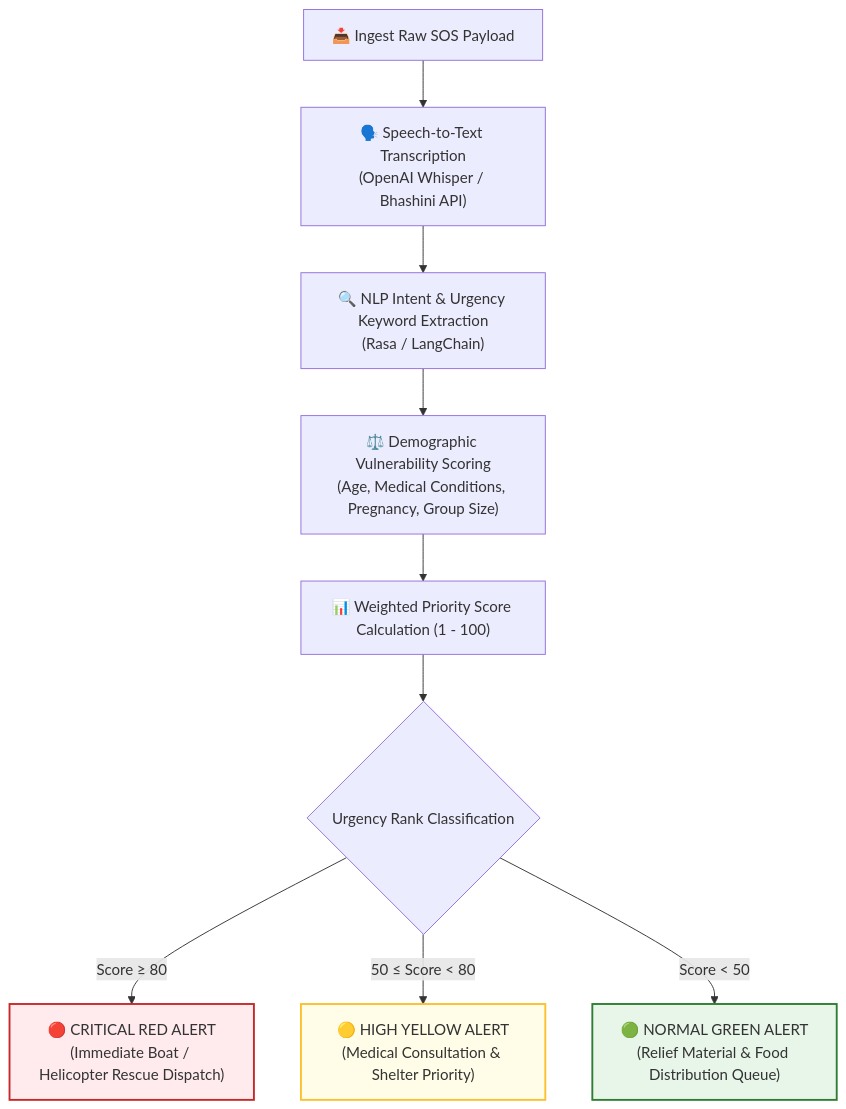
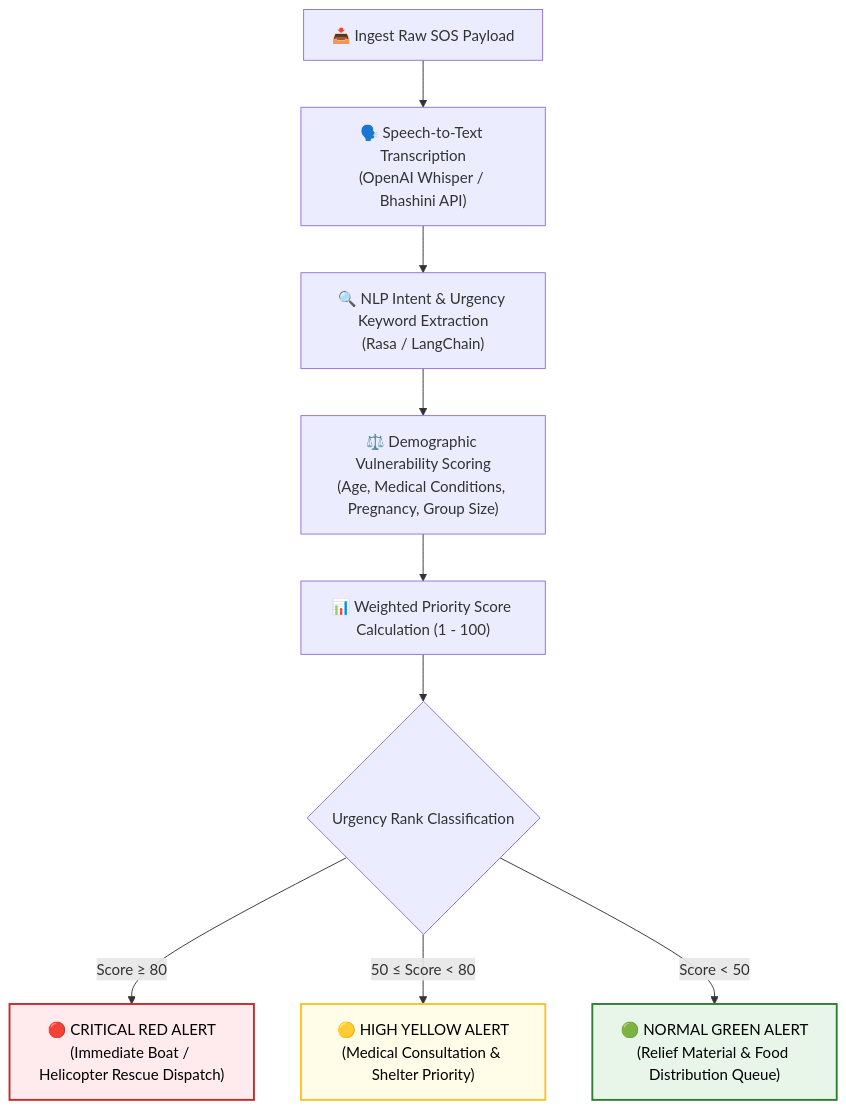
One commit to MrinallSamal-byte/SIH changed the eighth of 10 diagrams in README.md. Above: the diagram before and after it, drawn with Mermaid. The commit also changed other lines of this file, not shown here.

Commit message:
fix: Add explicit dark text color (color:#000000) to all Mermaid classDef nodes for 100% high contrast visibility in Dark Mode

````diff
--- a/README.md
+++ b/README.md
@@ -302,18 +302,18 @@
 ```mermaid
 flowchart TD
     A["📥 Ingest Raw SOS Payload"] --> B["🗣️ Speech-to-Text Transcription\n(OpenAI Whisper / Bhashini API)"]
     B --> C["🔍 NLP Intent & Urgency Keyword Extraction\n(Rasa / LangChain)"]
     C --> D["⚖️ Demographic Vulnerability Scoring\n(Age, Medical Conditions, Pregnancy, Group Size)"]
     D --> E["📊 Weighted Priority Score Calculation (1 - 100)"]
     E --> F{"Urgency Rank Classification"}
     F -- "Score ≥ 80" --> G["🔴 CRITICAL RED ALERT\n(Immediate Boat / Helicopter Rescue Dispatch)"]
     F -- "50 ≤ Score < 80" --> H["🟡 HIGH YELLOW ALERT\n(Medical Consultation & Shelter Priority)"]
     F -- "Score < 50" --> I["🟢 NORMAL GREEN ALERT\n(Relief Material & Food Distribution Queue)"]
 
-    classDef red fill:#ffebee,stroke:#c62828,stroke-width:2px;
-    classDef yellow fill:#fffde7,stroke:#fbc02d,stroke-width:2px;
-    classDef green fill:#e8f5e9,stroke:#2e7d32,stroke-width:2px;
+    classDef red fill:#ffebee,stroke:#c62828,stroke-width:2px,color:#000000;
+    classDef yellow fill:#fffde7,stroke:#fbc02d,stroke-width:2px,color:#000000;
+    classDef green fill:#e8f5e9,stroke:#2e7d32,stroke-width:2px,color:#000000;
     class G red;
     class H yellow;
     class I green;
 ```
````
